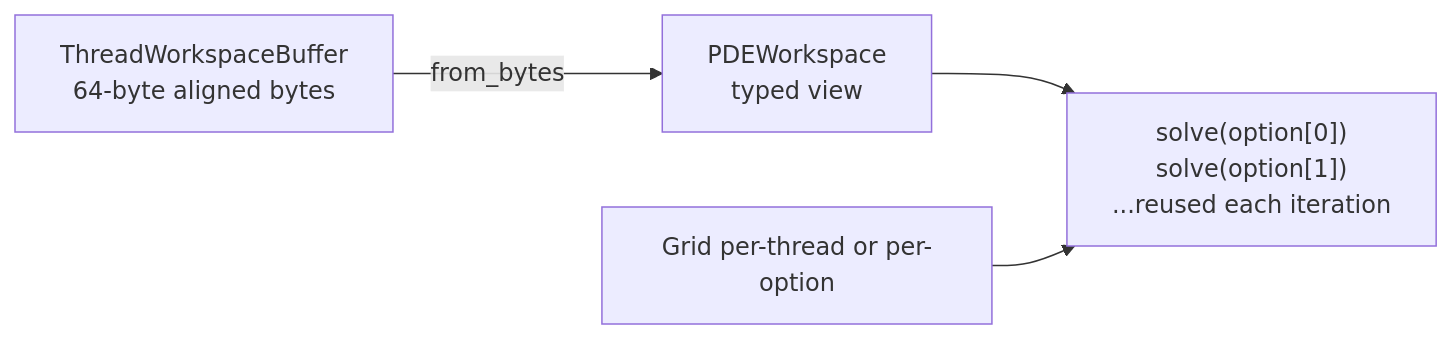
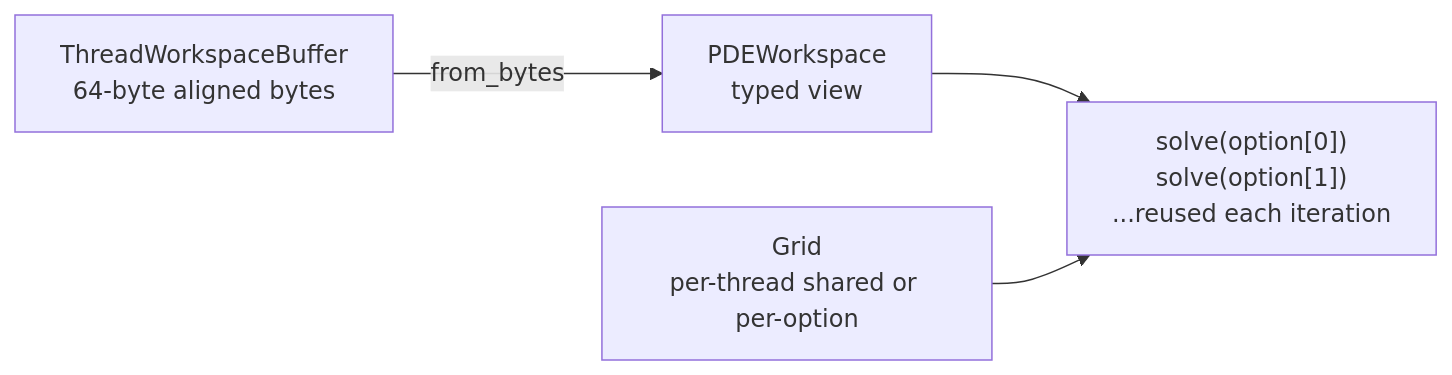
Before and after one commit to accelas/mango-option: the third of 4 diagrams in docs/ARCHITECTURE.md, drawn with Mermaid. The commit also changed other lines of this file, not shown here.

First line of the commit message:
Extract memory management into its own architecture section

````diff
--- a/docs/ARCHITECTURE.md
+++ b/docs/ARCHITECTURE.md
@@ -276,7 +242,7 @@
 ```mermaid
 graph LR
     TWB[ThreadWorkspaceBuffer<br/>64-byte aligned bytes] -->|from_bytes| PW[PDEWorkspace<br/>typed view]
-    G[Grid per-thread or per-option]
+    G[Grid<br/>per-thread shared or per-option]
     PW --> LOOP["solve(option[0])<br/>solve(option[1])<br/>...reused each iteration"]
     G --> LOOP
 ```
````
